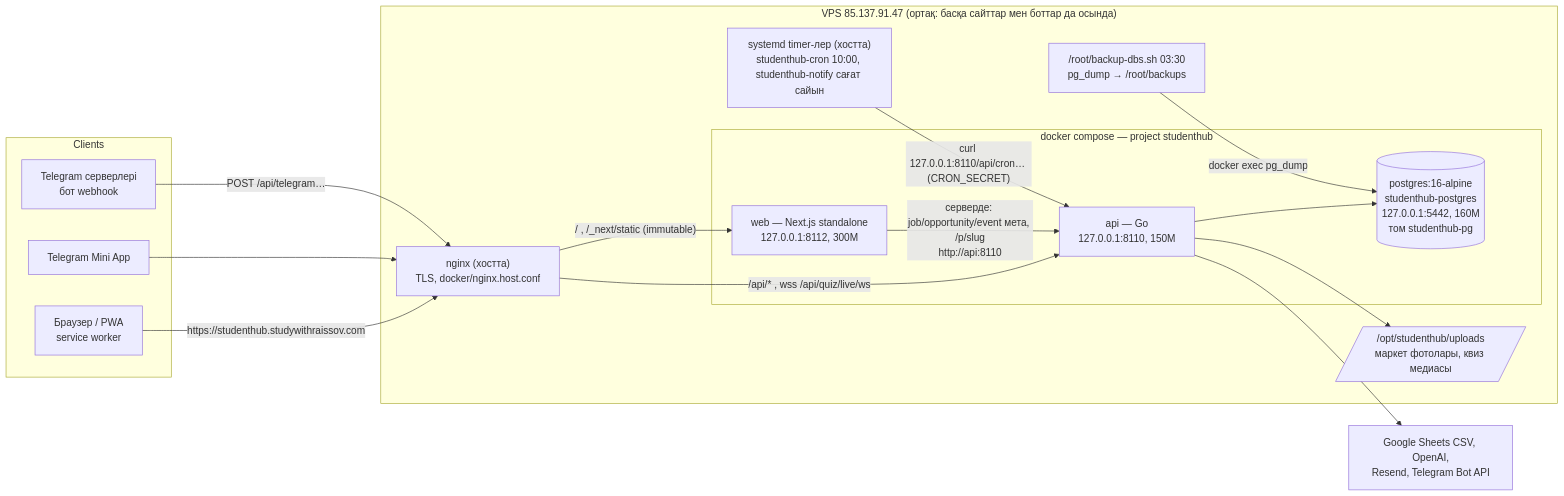
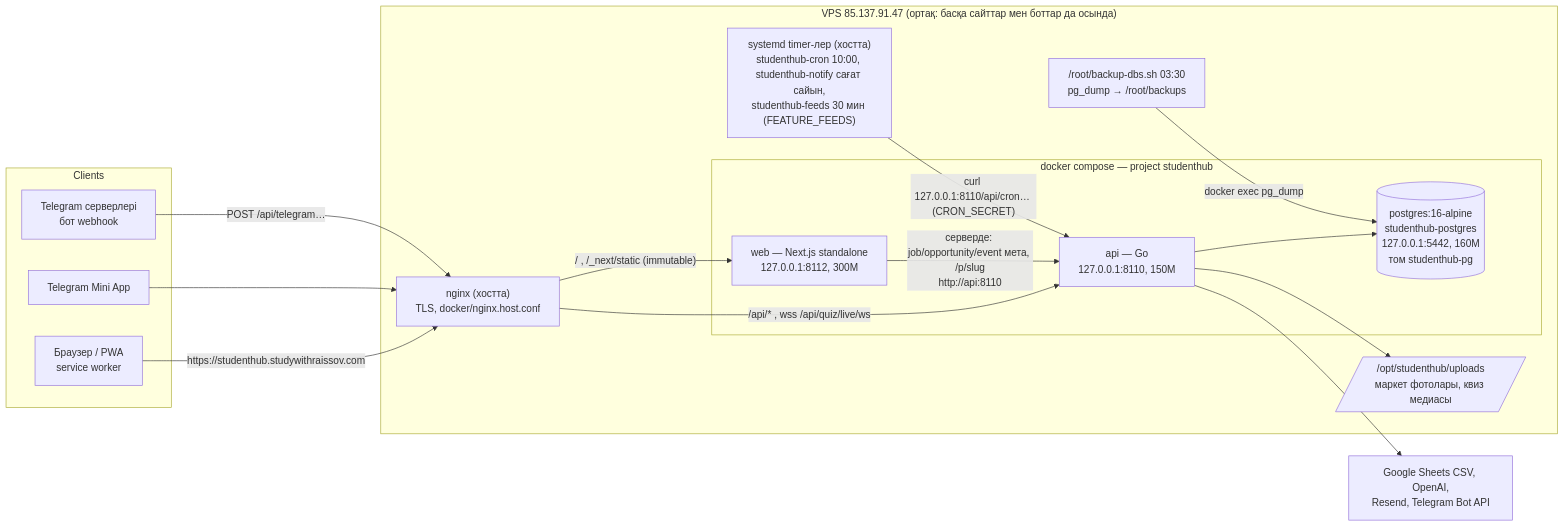
Before and after one commit to raissov01/studenthub-plus-kz: the diagram in docs/architecture.md, drawn with Mermaid. The commit also changed 7 other files, not shown here.

````diff
--- a/docs/architecture.md
+++ b/docs/architecture.md
@@ -3,34 +3,34 @@
 ```mermaid
 flowchart LR
   subgraph Clients
     B[Браузер / PWA<br/>service worker]
     TMA[Telegram Mini App]
     TG[Telegram серверлері<br/>бот webhook]
   end
 
   subgraph VPS["VPS 85.137.91.47 (ортақ: басқа сайттар мен боттар да осында)"]
     NGX["nginx (хостта)<br/>TLS, docker/nginx.host.conf"]
     subgraph Compose["docker compose — project studenthub"]
       WEB["web — Next.js standalone<br/>127.0.0.1:8112, 300M"]
       API["api — Go<br/>127.0.0.1:8110, 150M"]
       PG[("postgres:16-alpine<br/>studenthub-postgres<br/>127.0.0.1:5442, 160M<br/>том studenthub-pg")]
     end
     UP[/"/opt/studenthub/uploads<br/>маркет фотолары, квиз медиасы"/]
-    TIM["systemd timer-лер (хостта)<br/>studenthub-cron 10:00, studenthub-notify сағат сайын"]
+    TIM["systemd timer-лер (хостта)<br/>studenthub-cron 10:00, studenthub-notify сағат сайын,<br/>studenthub-feeds 30 мин (FEATURE_FEEDS)"]
     BAK["/root/backup-dbs.sh 03:30<br/>pg_dump → /root/backups"]
   end
 
   EXT["Google Sheets CSV, OpenAI,<br/>Resend, Telegram Bot API"]
 
   B -- "https://studenthub.studywithraissov.com" --> NGX
   TMA --> NGX
   TG -- "POST /api/telegram…" --> NGX
   NGX -- "/ , /_next/static (immutable)" --> WEB
   NGX -- "/api/* , wss /api/quiz/live/ws" --> API
   WEB -- "серверде: job/opportunity/event мета, /p/slug<br/>http://api:8110" --> API
   API --> PG
   API --> UP
   API --> EXT
   TIM -- "curl 127.0.0.1:8110/api/cron… (CRON_SECRET)" --> API
   BAK -- "docker exec pg_dump" --> PG
 ```
````
